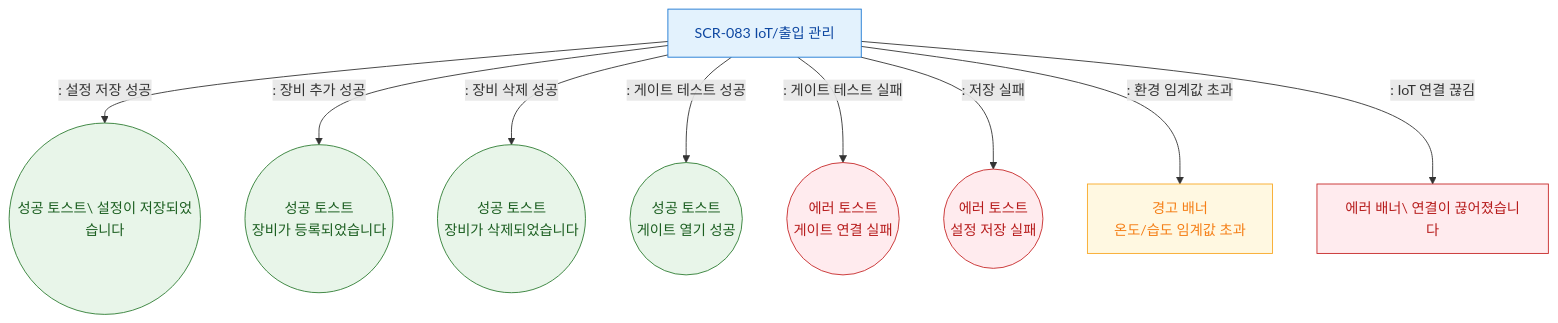
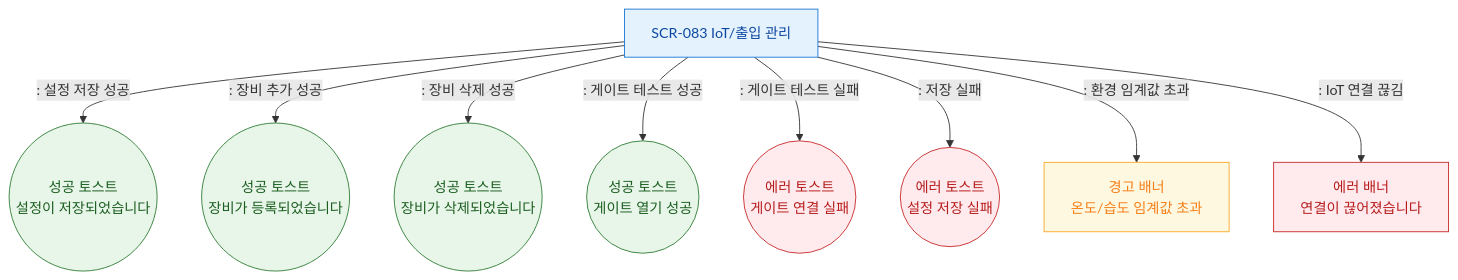
One commit to dev-spogym/admin-pando changed the diagram in docs/admin/다이어그램/D09_설정관리/SCR-083_IoT출입관리/F9_토스트피드백.md. Above: the diagram before and after it, drawn with Mermaid. The commit also changed 369 other files, not shown here.

````diff
--- a/docs/admin/다이어그램/D09_설정관리/SCR-083_IoT출입관리/F9_토스트피드백.md
+++ b/docs/admin/다이어그램/D09_설정관리/SCR-083_IoT출입관리/F9_토스트피드백.md
@@ -12,22 +12,22 @@
 ```mermaid
 flowchart TD
     SCR083[SCR-083 IoT/출입 관리]
 
-    SCR083 -->|": 설정 저장 성공"|FB_SaveOK((성공 토스트\ 설정이 저장되었습니다))
+    SCR083 -->|": 설정 저장 성공"|FB_SaveOK((성공 토스트<br/> 설정이 저장되었습니다))
     SCR083 -->|": 장비 추가 성공"|FB_AddOK((성공 토스트\n장비가 등록되었습니다))
     SCR083 -->|": 장비 삭제 성공"|FB_DelOK((성공 토스트\n장비가 삭제되었습니다))
     SCR083 -->|": 게이트 테스트 성공"|FB_GateOK((성공 토스트\n게이트 열기 성공))
     SCR083 -->|": 게이트 테스트 실패"|FB_GateErr((에러 토스트\n게이트 연결 실패))
     SCR083 -->|": 저장 실패"|FB_SaveErr((에러 토스트\n설정 저장 실패))
     SCR083 -->|": 환경 임계값 초과"|FB_EnvWarn[경고 배너\n온도/습도 임계값 초과]
-    SCR083 -->|": IoT 연결 끊김"|FB_IoTErr[에러 배너\ 연결이 끊어졌습니다]
+    SCR083 -->|": IoT 연결 끊김"|FB_IoTErr[에러 배너<br/> 연결이 끊어졌습니다]
 
     classDef screen fill:#E3F2FD,stroke:#1976D2,color:#0D47A1
     classDef success fill:#E8F5E9,stroke:#2E7D32,color:#1B5E20
     classDef error fill:#FFEBEE,stroke:#C62828,color:#B71C1C
     classDef warning fill:#FFF8E1,stroke:#F9A825,color:#F57F17
     class SCR083 screen
     class FB_SaveOK,FB_AddOK,FB_DelOK,FB_GateOK success
     class FB_GateErr,FB_SaveErr,FB_IoTErr error
     class FB_EnvWarn warning
 ```
````
